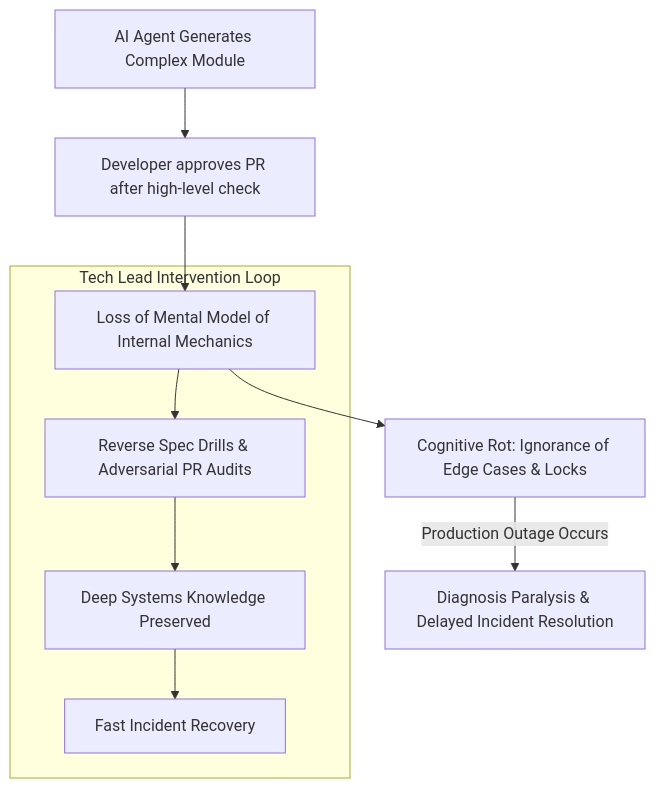
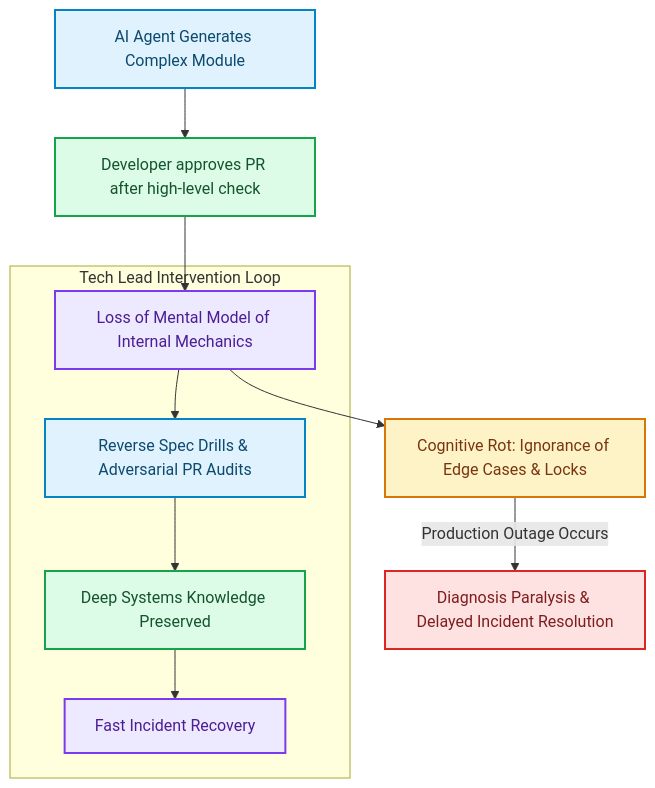
The diagram in blog/posts/tech-lead-combatting-cognitive-rot-deep-systems-knowledge.md (akmalkhaniub/akmalkhaniub.github.io), drawn with Mermaid before and after one commit. The commit also changed other lines of this file and 1291 other files, not shown here.

First line of the commit message:
feat(catalog): unique covers, scholarly references, and diagram palettes

````diff
--- a/blog/posts/tech-lead-combatting-cognitive-rot-deep-systems-knowledge.md
+++ b/blog/posts/tech-lead-combatting-cognitive-rot-deep-systems-knowledge.md
@@ -15,13 +15,24 @@
 ```mermaid
 flowchart TD
-  A[AI Agent Generates Complex Module] --> B[Developer approves PR after high-level check]
-  B --> C[Loss of Mental Model of Internal Mechanics]
-  C --> D[Cognitive Rot: Ignorance of Edge Cases & Locks]
-  D -->|Production Outage Occurs| E[Diagnosis Paralysis & Delayed Incident Resolution]
+  A["AI Agent Generates Complex Module"] --> B["Developer approves PR after high-level check"]
+  B --> C["Loss of Mental Model of Internal Mechanics"]
+  C --> D["Cognitive Rot: Ignorance of Edge Cases & Locks"]
+  D -->|Production Outage Occurs| E["Diagnosis Paralysis & Delayed Incident Resolution"]
   
   subgraph SG1_TechLeadIntervention ["Tech Lead Intervention Loop"]
-    C --> F[Reverse Spec Drills & Adversarial PR Audits]
-    F --> G[Deep Systems Knowledge Preserved]
-    G --> H[Fast Incident Recovery]
+    C --> F["Reverse Spec Drills & Adversarial PR Audits"]
+    F --> G["Deep Systems Knowledge Preserved"]
+    G --> H["Fast Incident Recovery"]
   end
+
+classDef green fill:#dcfce7,stroke:#16a34a,stroke-width:2px,color:#14532d;
+classDef red fill:#fee2e2,stroke:#dc2626,stroke-width:2px,color:#7f1d1d;
+classDef blue fill:#e0f2fe,stroke:#0284c7,stroke-width:2px,color:#0c4a6e;
+classDef yellow fill:#fef3c7,stroke:#d97706,stroke-width:2px,color:#78350f;
+classDef purple fill:#ede9fe,stroke:#7c3aed,stroke-width:2px,color:#4c1d95;
+class A,F blue
+class B,G green
+class C,H purple
+class D yellow
+class E red
 ```
````
